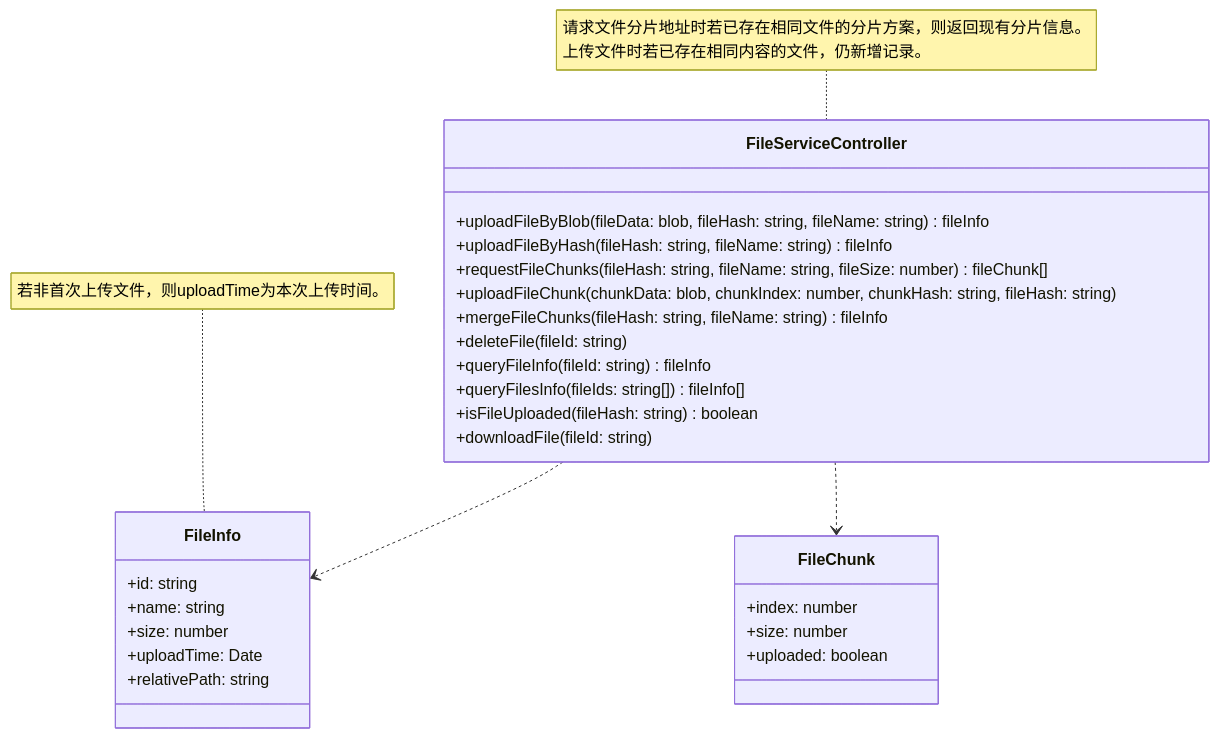
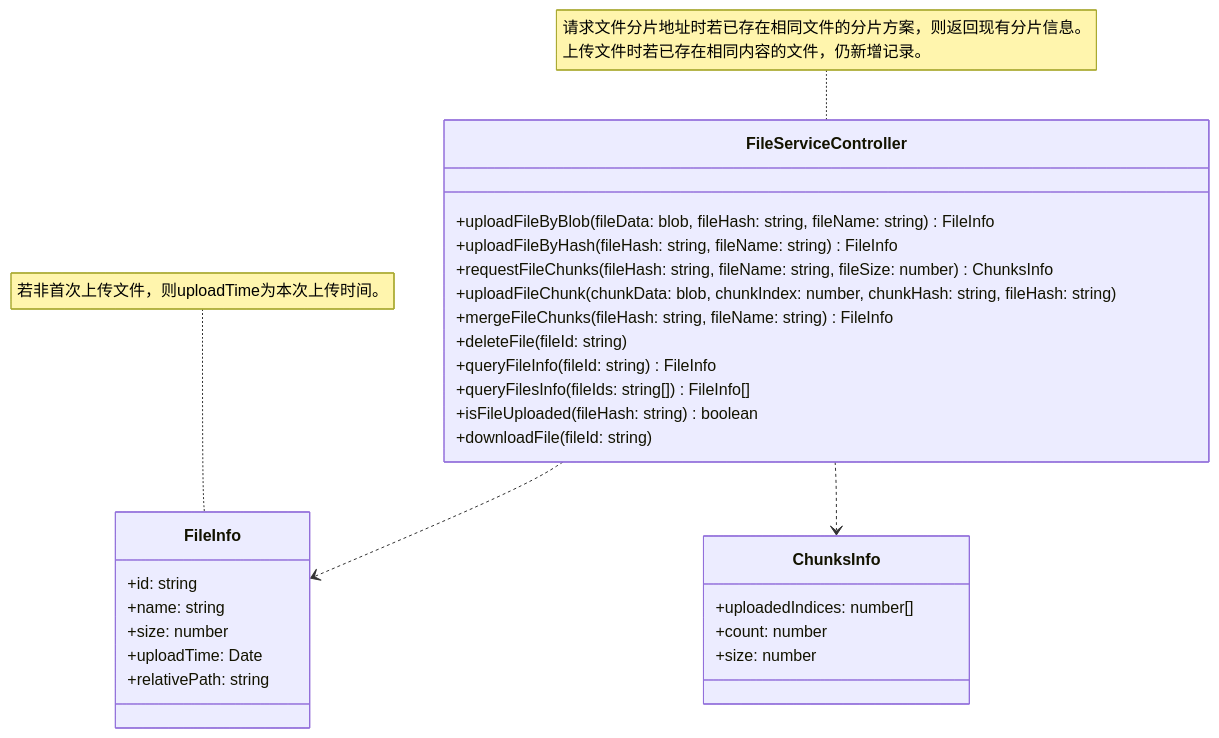
Before and after one commit to niuiic/file-service: the second of 11 diagrams in README.md, drawn with Mermaid. The commit also changed 4 other files, not shown here.

````diff
--- a/README.md
+++ b/README.md
@@ -67,36 +67,36 @@
 ```mermaid
 classDiagram
     note for FileServiceController "请求文件分片地址时若已存在相同文件的分片方案，则返回现有分片信息。<br>上传文件时若已存在相同内容的文件，仍新增记录。"
     FileServiceController ..> FileInfo
-    FileServiceController ..> FileChunk
+    FileServiceController ..> ChunksInfo
     class FileServiceController {
         %% create
-        +uploadFileByBlob(fileData: blob, fileHash: string, fileName: string) fileInfo
-        +uploadFileByHash(fileHash: string, fileName: string) fileInfo
-        +requestFileChunks(fileHash: string, fileName: string, fileSize: number) fileChunk[]
+        +uploadFileByBlob(fileData: blob, fileHash: string, fileName: string) FileInfo
+        +uploadFileByHash(fileHash: string, fileName: string) FileInfo
+        +requestFileChunks(fileHash: string, fileName: string, fileSize: number) ChunksInfo
         +uploadFileChunk(chunkData: blob, chunkIndex: number, chunkHash: string, fileHash: string)
-        +mergeFileChunks(fileHash: string, fileName: string) fileInfo
+        +mergeFileChunks(fileHash: string, fileName: string) FileInfo
         %% delete
         +deleteFile(fileId: string)
         %% query
-        +queryFileInfo(fileId: string) fileInfo
-        +queryFilesInfo(fileIds: string[]) fileInfo[]
+        +queryFileInfo(fileId: string) FileInfo
+        +queryFilesInfo(fileIds: string[]) FileInfo[]
         +isFileUploaded(fileHash: string) boolean
         +downloadFile(fileId: string)
     }
 
     note for FileInfo "若非首次上传文件，则uploadTime为本次上传时间。"
     class FileInfo {
         +id: string
         +name: string
         +size: number
         +uploadTime: Date
         +relativePath: string
     }
 
-    class FileChunk {
-        +index: number
+    class ChunksInfo {
+        +uploadedIndices: number[]
+        +count: number
         +size: number
-        +uploaded: boolean
     }
 ```
````
